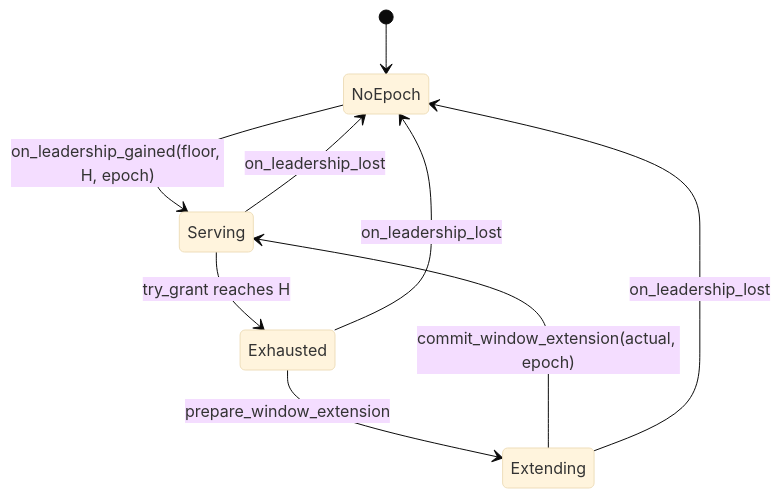
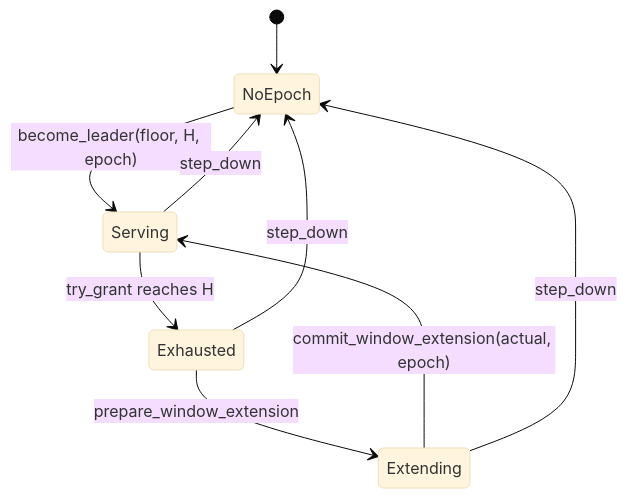
Before and after one commit to prisma-risk/tsoracle: the diagram in docs/the-allocator.md, drawn with Mermaid (base theme). The commit also changed 8 other files, not shown here.

````diff
--- a/docs/the-allocator.md
+++ b/docs/the-allocator.md
@@ -11,11 +11,11 @@
 ```mermaid
 stateDiagram-v2
     [*] --> NoEpoch
-    NoEpoch --> Serving: on_leadership_gained(floor, H, epoch)
+    NoEpoch --> Serving: become_leader(floor, H, epoch)
     Serving --> Exhausted: try_grant reaches H
     Exhausted --> Extending: prepare_window_extension
     Extending --> Serving: commit_window_extension(actual, epoch)
-    Serving --> NoEpoch: on_leadership_lost
-    Exhausted --> NoEpoch: on_leadership_lost
-    Extending --> NoEpoch: on_leadership_lost
+    Serving --> NoEpoch: step_down
+    Exhausted --> NoEpoch: step_down
+    Extending --> NoEpoch: step_down
 ```
````
